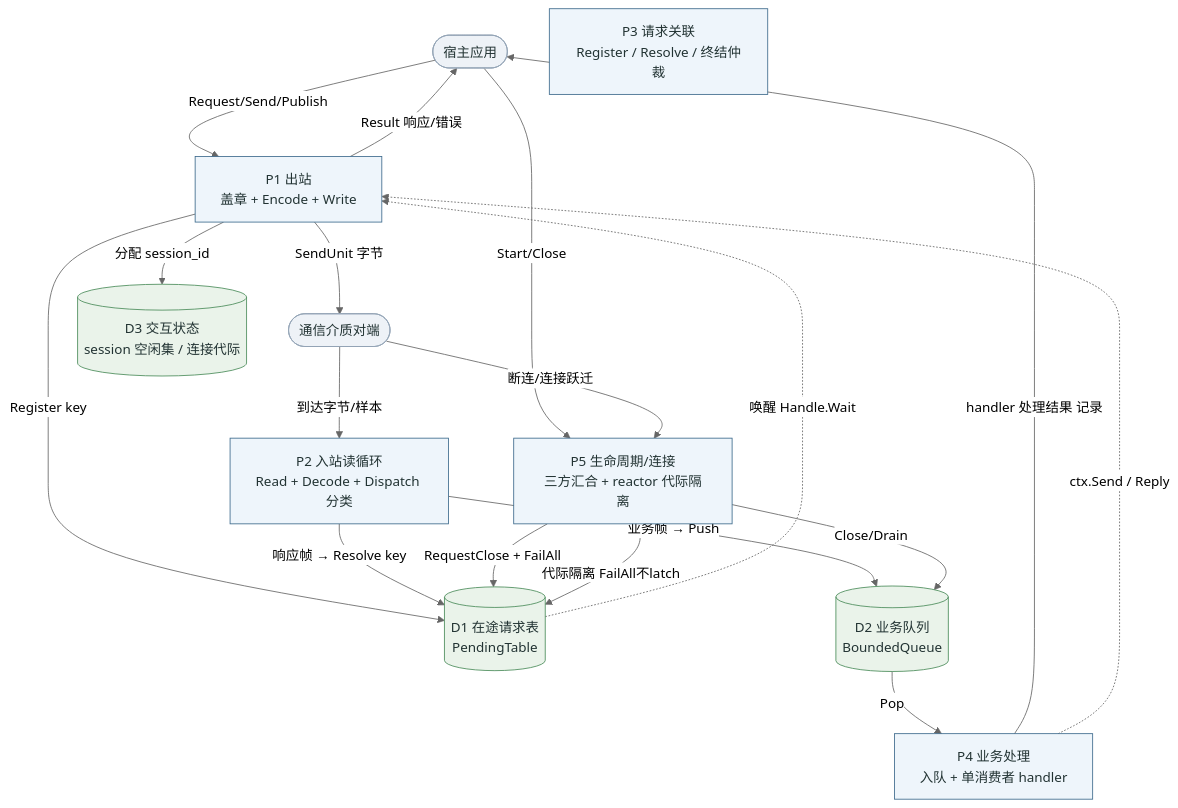
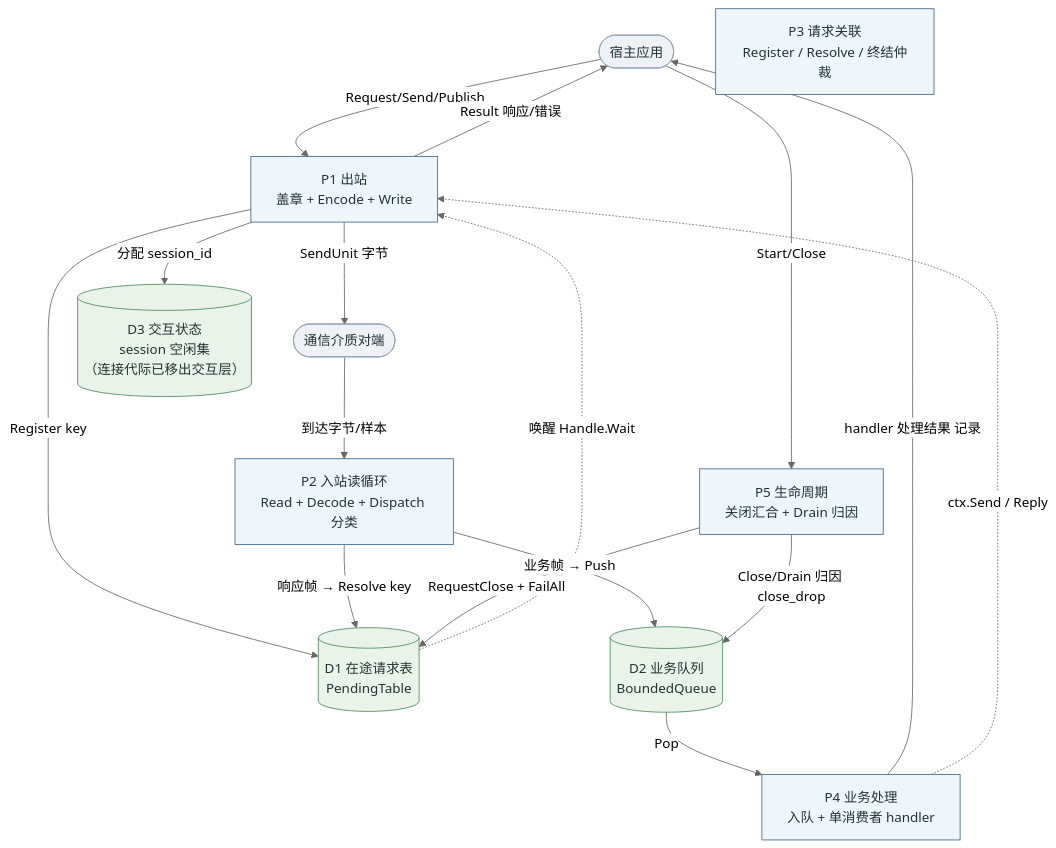
Before and after one commit to Ste7an-cs/Transport: the diagram in docs/diagrams/dfd-toplevel.mmd, drawn with Mermaid (neutral theme). The commit also changed 13 other files, not shown here.

First line of the commit message:
docs: 同步丢弃归因七项减六项(ADR-0004 D3)+ 重绘链路断开时序图

```diff
--- a/docs/diagrams/dfd-toplevel.mmd
+++ b/docs/diagrams/dfd-toplevel.mmd
@@ -1,41 +1,39 @@
 flowchart TB
     APP([宿主应用])
     MEDIA([通信介质对端])
 
     P1["P1 出站<br/>盖章 + Encode + Write"]
     P2["P2 入站读循环<br/>Read + Decode + Dispatch 分类"]
     P3["P3 请求关联<br/>Register / Resolve / 终结仲裁"]
     P4["P4 业务处理<br/>入队 + 单消费者 handler"]
-    P5["P5 生命周期/连接<br/>三方汇合 + reactor 代际隔离"]
+    P5["P5 生命周期<br/>关闭汇合 + Drain 归因"]
 
     D1[("D1 在途请求表<br/>PendingTable")]
     D2[("D2 业务队列<br/>BoundedQueue")]
-    D3[("D3 交互状态<br/>session 空闲集 / 连接代际")]
+    D3[("D3 交互状态<br/>session 空闲集<br/>（连接代际已移出交互层）")]
 
     APP -->|Request/Send/Publish| P1
     P1 -->|Register key| D1
     P1 -->|分配 session_id| D3
     P1 -->|SendUnit 字节| MEDIA
 
     MEDIA -->|到达字节/样本| P2
     P2 -->|响应帧 → Resolve key| D1
     P2 -->|业务帧 → Push| D2
     D1 -.->|唤醒 Handle.Wait| P1
     P1 -->|Result 响应/错误| APP
 
     D2 -->|Pop| P4
     P4 -->|handler 处理结果 记录| APP
     P4 -.->|ctx.Send / Reply| P1
 
     APP -->|Start/Close| P5
     P5 -->|RequestClose + FailAll| D1
-    P5 -->|Close/Drain| D2
-    P5 -->|代际隔离 FailAll不latch| D1
-    MEDIA -->|断连/连接跃迁| P5
+    P5 -->|Close/Drain 归因 close_drop| D2
 
     classDef ext fill:#eef2f7,stroke:#93a4b5,color:#233;
     classDef proc fill:#eef5fb,stroke:#3d6a8c,color:#233;
     classDef store fill:#eaf3ea,stroke:#4a8c5a,color:#233;
     class APP,MEDIA ext;
     class P1,P2,P3,P4,P5 proc;
     class D1,D2,D3 store;
```
